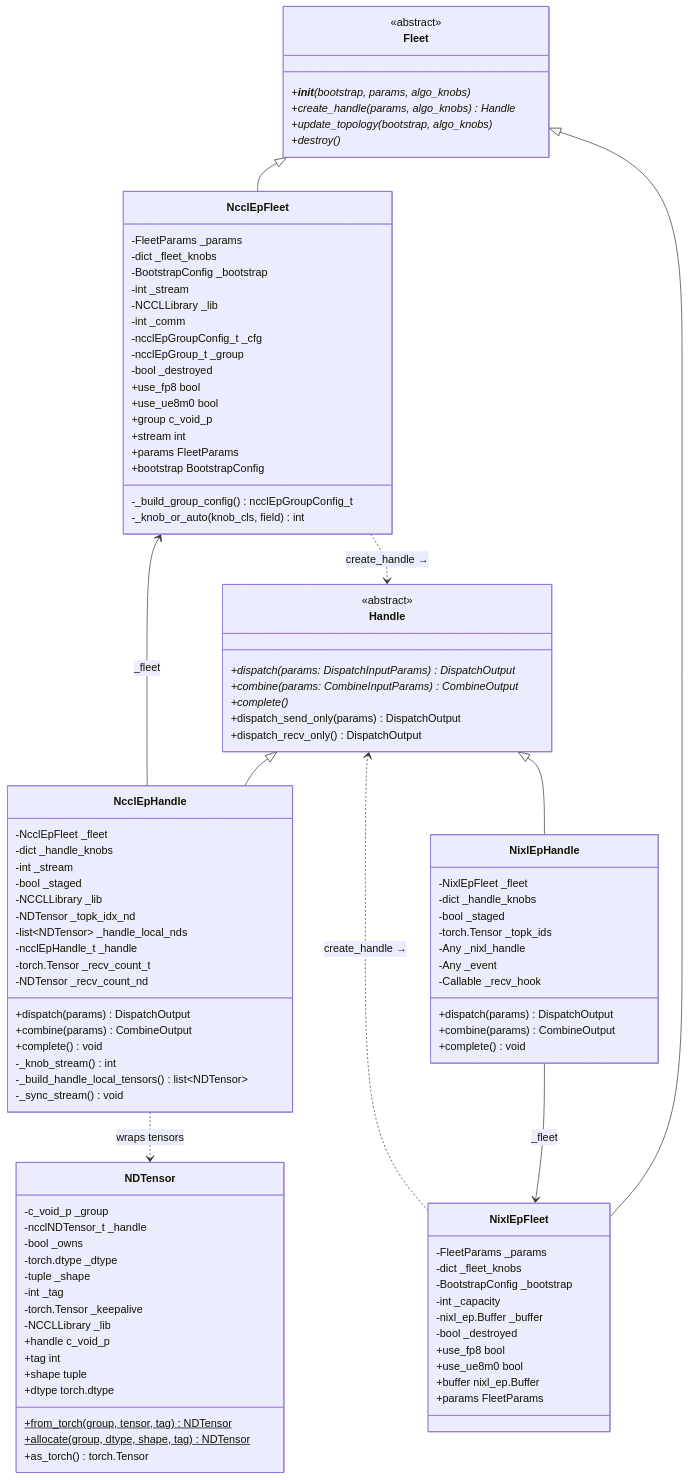
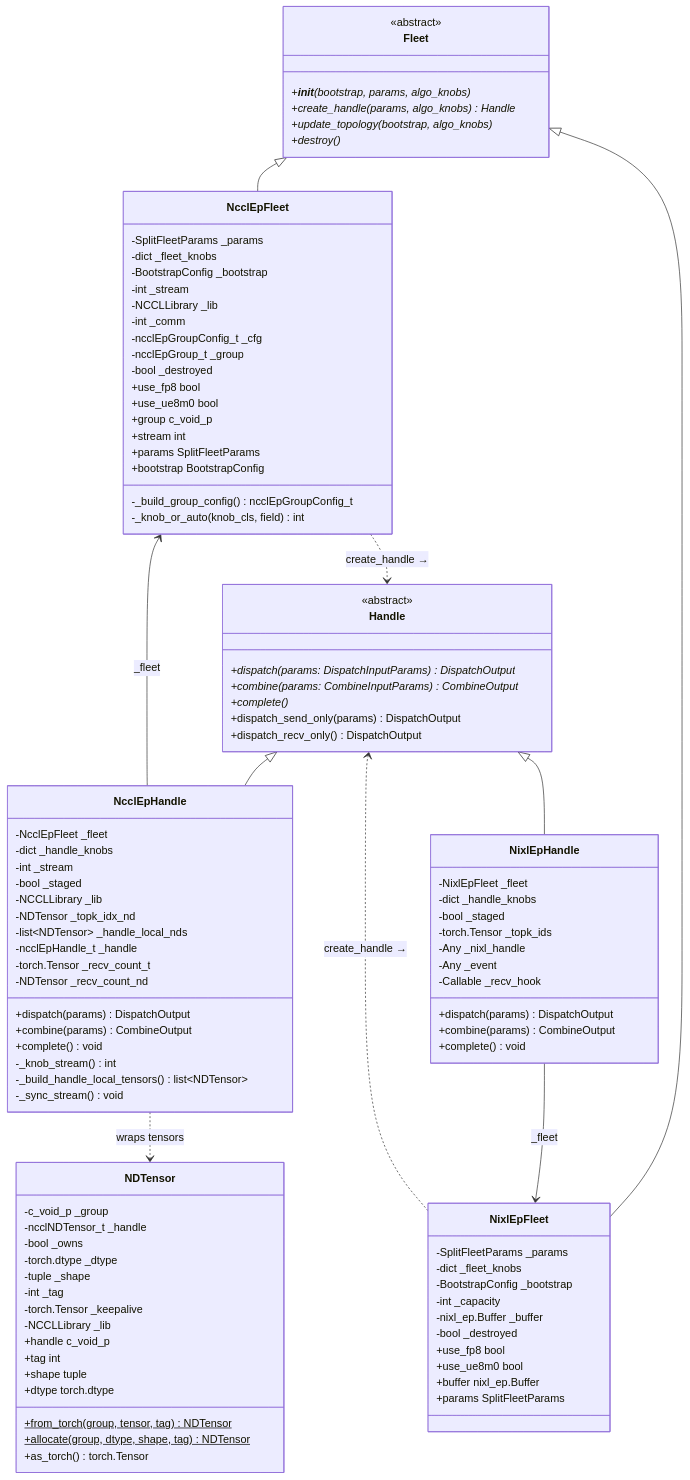
One commit to flashinfer-ai/flashinfer changed the sixth of 12 diagrams in docs/design_docs/moe_ep_current_design.md. Above: the diagram before and after it, drawn with Mermaid. The commit also changed other lines of this file and 49 other files, not shown here.

```diff
--- a/docs/design_docs/moe_ep_current_design.md
+++ b/docs/design_docs/moe_ep_current_design.md
@@ -294,7 +297,7 @@
     }
 
     class NcclEpFleet {
-        -FleetParams _params
+        -SplitFleetParams _params
         -dict _fleet_knobs
         -BootstrapConfig _bootstrap
         -int _stream
@@ -307,7 +310,7 @@
         +use_ue8m0 bool
         +group c_void_p
         +stream int
-        +params FleetParams
+        +params SplitFleetParams
         +bootstrap BootstrapConfig
         -_build_group_config() ncclEpGroupConfig_t
         -_knob_or_auto(knob_cls, field) int
@@ -333,7 +336,7 @@
     }
 
     class NixlEpFleet {
-        -FleetParams _params
+        -SplitFleetParams _params
         -dict _fleet_knobs
         -BootstrapConfig _bootstrap
         -int _capacity
@@ -342,7 +345,7 @@
         +use_fp8 bool
         +use_ue8m0 bool
         +buffer nixl_ep.Buffer
-        +params FleetParams
+        +params SplitFleetParams
     }
 
     class NixlEpHandle {
```
